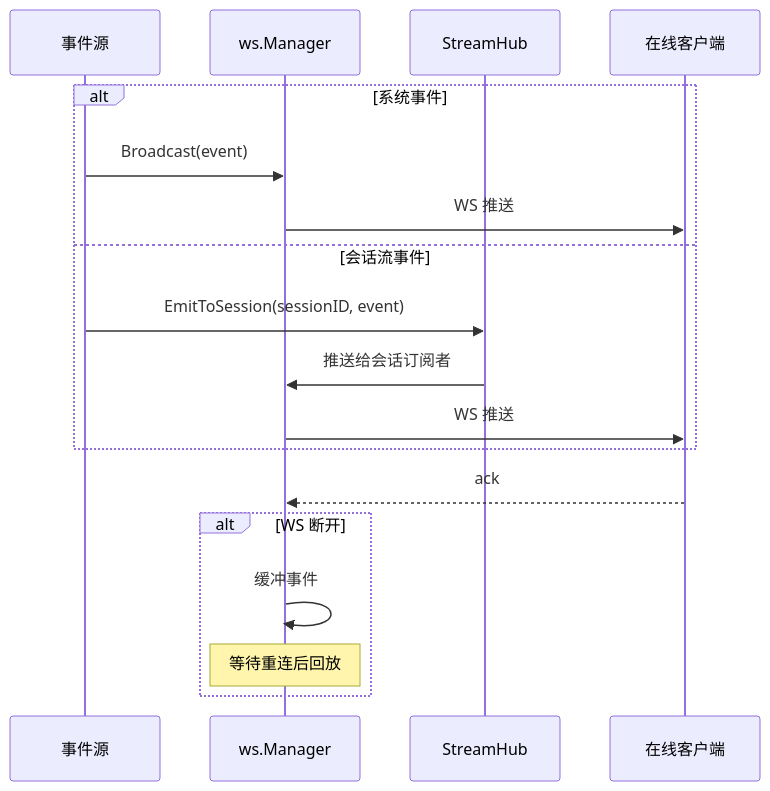
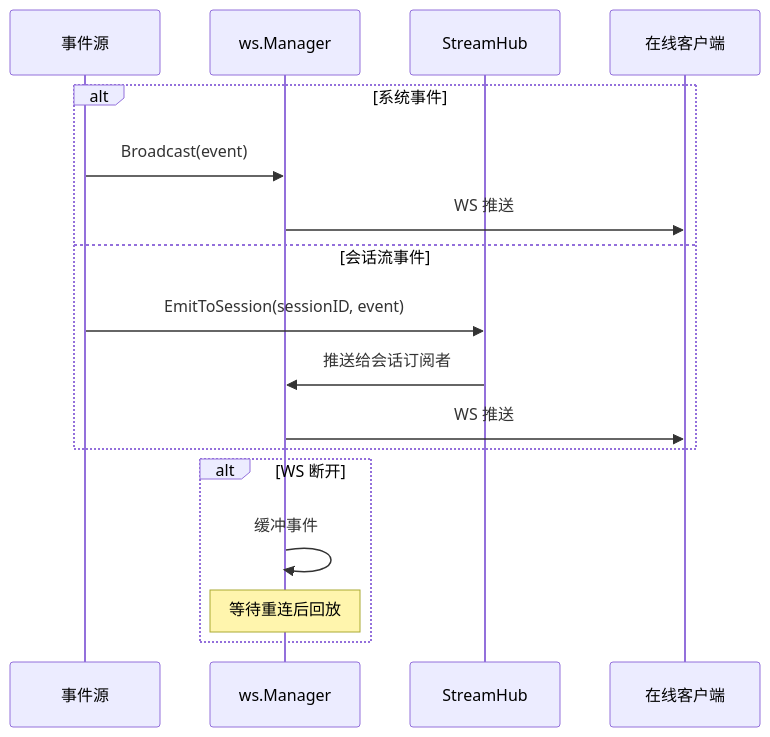
Before and after one commit to clawbench-dev/clawbench: the first of 3 diagrams in docs/spec/infra/event-system.md, drawn with Mermaid. The commit also changed other lines of this file and 6 other files, not shown here.

````diff
--- a/docs/spec/infra/event-system.md
+++ b/docs/spec/infra/event-system.md
@@ -9,21 +9,20 @@
 ```mermaid
 sequenceDiagram
     participant 事件源
     participant ws.Manager
     participant StreamHub
     participant 在线客户端
 
     alt 系统事件
         事件源->>ws.Manager: Broadcast(event)
         ws.Manager->>在线客户端: WS 推送
     else 会话流事件
         事件源->>StreamHub: EmitToSession(sessionID, event)
         StreamHub->>ws.Manager: 推送给会话订阅者
         ws.Manager->>在线客户端: WS 推送
     end
-    在线客户端-->>ws.Manager: ack
     alt WS 断开
         ws.Manager->>ws.Manager: 缓冲事件
         Note over ws.Manager: 等待重连后回放
     end
 ```
````
